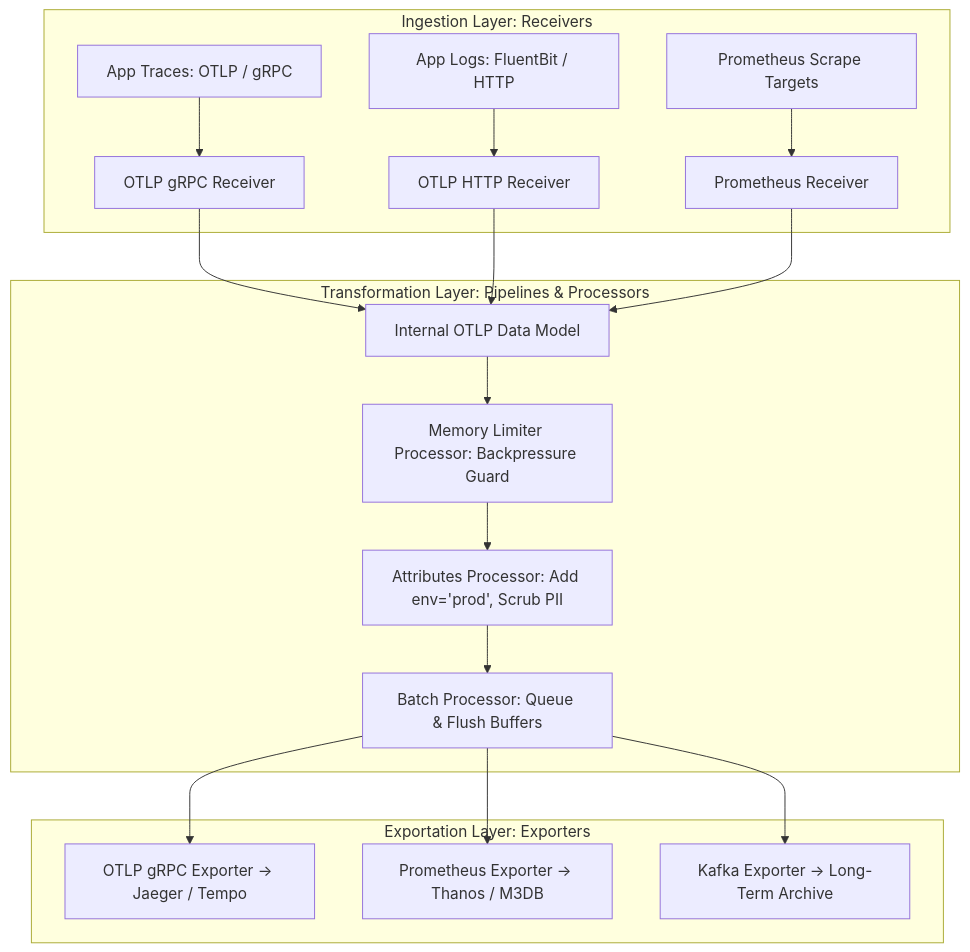
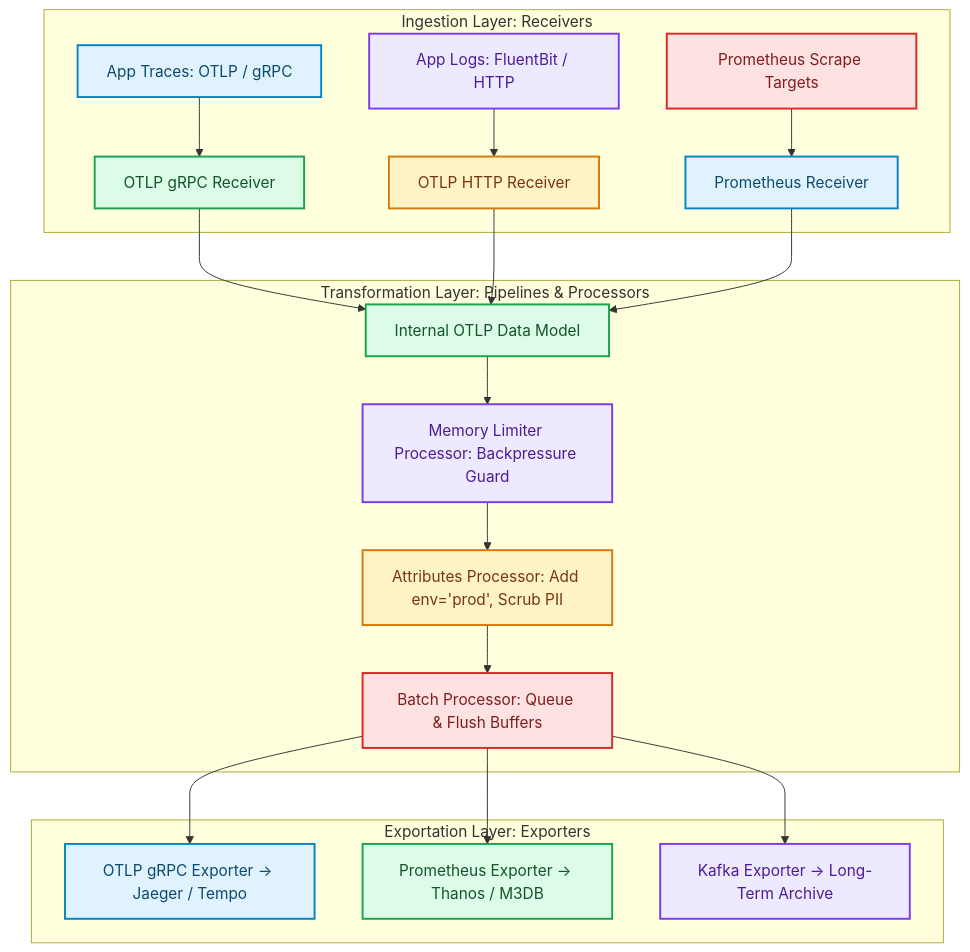
One commit to akmalkhaniub/akmalkhaniub.github.io changed the diagram in blog/posts/opentelemetry-collector-architecture-receiver-processor-exporter.md. Above: the diagram before and after it, drawn with Mermaid. The commit also changed other lines of this file and 1291 other files, not shown here.

First line of the commit message:
feat(catalog): unique covers, scholarly references, and diagram palettes

````diff
--- a/blog/posts/opentelemetry-collector-architecture-receiver-processor-exporter.md
+++ b/blog/posts/opentelemetry-collector-architecture-receiver-processor-exporter.md
@@ -19,22 +19,33 @@
 ```mermaid
 flowchart TD
   subgraph SG1_IngestionLayerReceivers ["Ingestion Layer: Receivers"]
-    AppTraces[App Traces: OTLP / gRPC] --> Receiver1[OTLP gRPC Receiver]
-    AppLogs[App Logs: FluentBit / HTTP] --> Receiver2[OTLP HTTP Receiver]
-    PromMetrics[Prometheus Scrape Targets] --> Receiver3[Prometheus Receiver]
+    AppTraces["App Traces: OTLP / gRPC"] --> Receiver1["OTLP gRPC Receiver"]
+    AppLogs["App Logs: FluentBit / HTTP"] --> Receiver2["OTLP HTTP Receiver"]
+    PromMetrics["Prometheus Scrape Targets"] --> Receiver3["Prometheus Receiver"]
   end
   
   subgraph SG2_TransformationLayerPipelines ["Transformation Layer: Pipelines & Processors"]
-    Receiver1 & Receiver2 & Receiver3 --> InternalOTLP[Internal OTLP Data Model]
+    Receiver1 & Receiver2 & Receiver3 --> InternalOTLP["Internal OTLP Data Model"]
     
-    InternalOTLP --> Proc1[Memory Limiter Processor: Backpressure Guard]
-    Proc1 --> Proc2[Attributes Processor: Add env='prod', Scrub PII]
-    Proc2 --> Proc3[Batch Processor: Queue & Flush Buffers]
+    InternalOTLP --> Proc1["Memory Limiter Processor: Backpressure Guard"]
+    Proc1 --> Proc2["Attributes Processor: Add env='prod', Scrub PII"]
+    Proc2 --> Proc3["Batch Processor: Queue & Flush Buffers"]
   end
   
   subgraph SG3_ExportationLayerExporters ["Exportation Layer: Exporters"]
-    Proc3 --> Exp1[OTLP gRPC Exporter -> Jaeger / Tempo]
-    Proc3 --> Exp2[Prometheus Exporter -> Thanos / M3DB]
-    Proc3 --> Exp3[Kafka Exporter -> Long-Term Archive]
+    Proc3 --> Exp1["OTLP gRPC Exporter -> Jaeger / Tempo"]
+    Proc3 --> Exp2["Prometheus Exporter -> Thanos / M3DB"]
+    Proc3 --> Exp3["Kafka Exporter -> Long-Term Archive"]
   end
+
+classDef green fill:#dcfce7,stroke:#16a34a,stroke-width:2px,color:#14532d;
+classDef red fill:#fee2e2,stroke:#dc2626,stroke-width:2px,color:#7f1d1d;
+classDef blue fill:#e0f2fe,stroke:#0284c7,stroke-width:2px,color:#0c4a6e;
+classDef yellow fill:#fef3c7,stroke:#d97706,stroke-width:2px,color:#78350f;
+classDef purple fill:#ede9fe,stroke:#7c3aed,stroke-width:2px,color:#4c1d95;
+class AppTraces,Receiver3,Exp1 blue
+class Receiver1,InternalOTLP,Exp2 green
+class AppLogs,Proc1,Exp3 purple
+class Receiver2,Proc2 yellow
+class PromMetrics,Proc3 red
 ```
````
